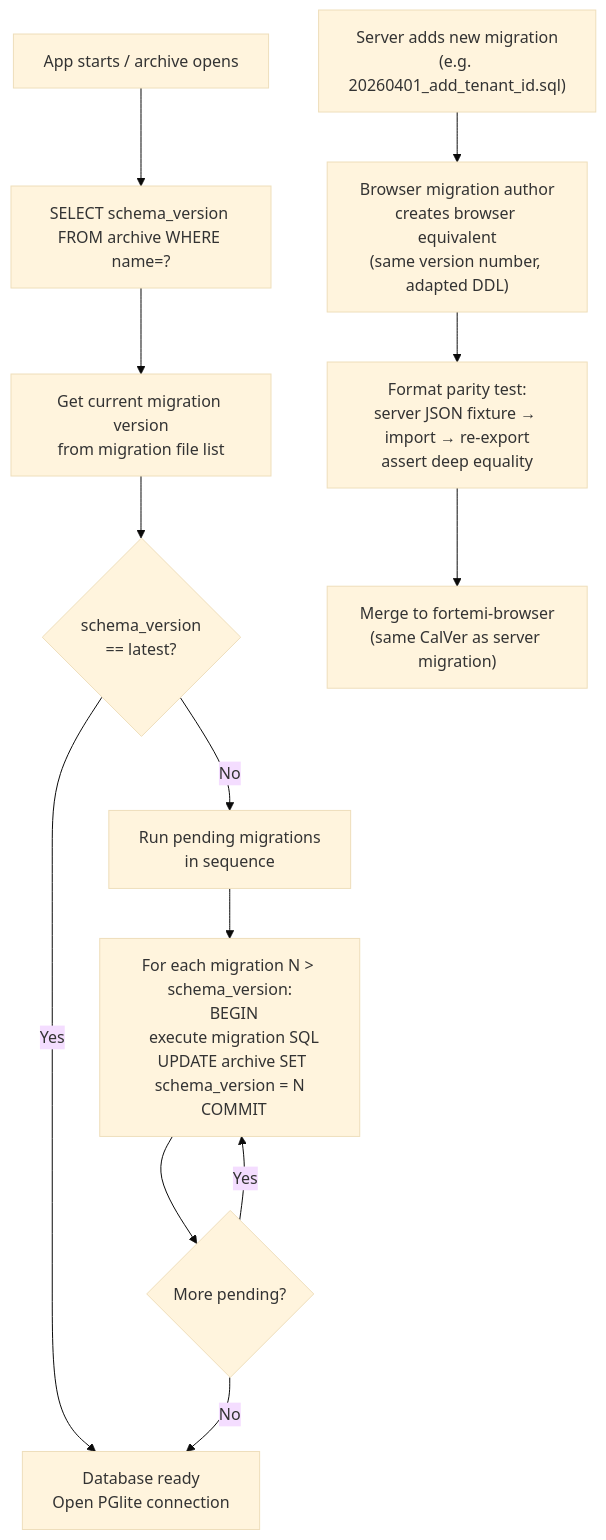
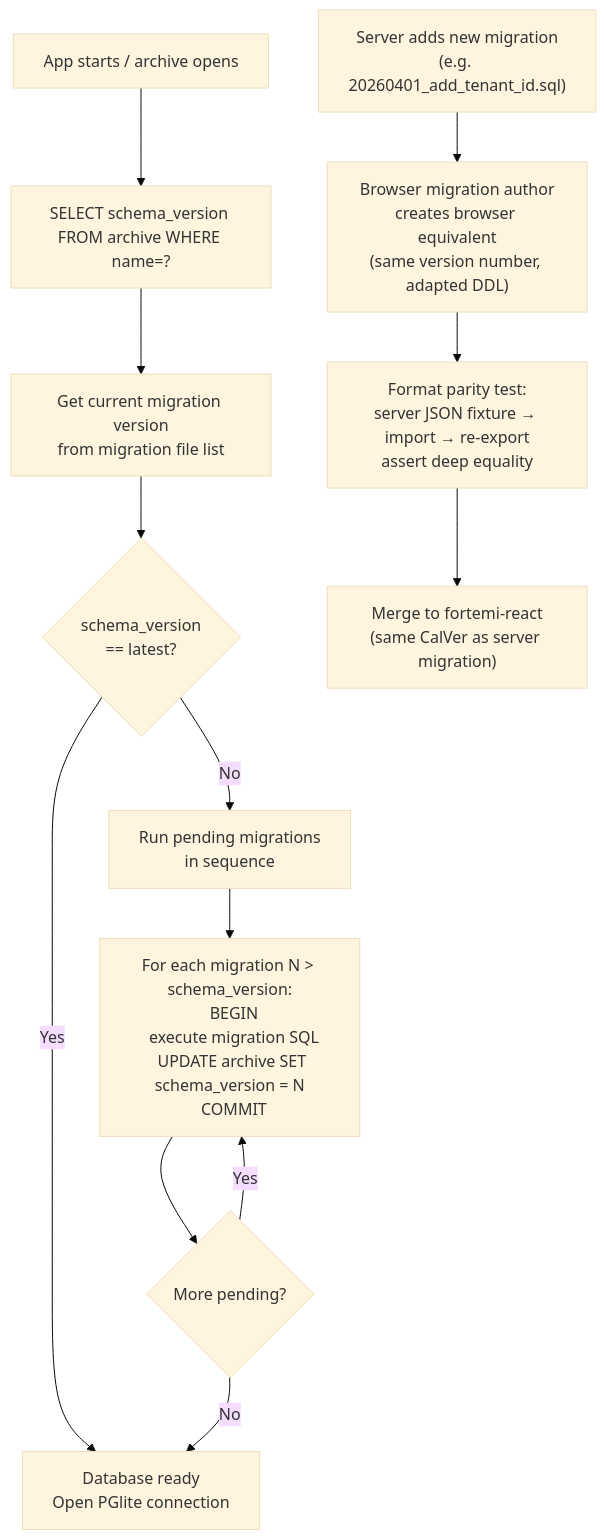
One commit to Fortemi/fortemi-react changed the seventh of 9 diagrams in .aiwg/intake/flows.md. Above: the diagram before and after it, drawn with Mermaid (base theme). The commit also changed other lines of this file and 32 other files, not shown here.

First line of the commit message:
chore: rename project from fortemi-browser to fortemi-react (fixes #76)

````diff
--- a/.aiwg/intake/flows.md
+++ b/.aiwg/intake/flows.md
@@ -284,16 +284,16 @@
 ```mermaid
 flowchart TD
     AppStart["App starts / archive opens"] --> CheckVersion["SELECT schema_version FROM archive WHERE name=?"]
     CheckVersion --> GetCurrent["Get current migration version\nfrom migration file list"]
     GetCurrent --> Compare{schema_version\n== latest?}
     Compare -->|Yes| Ready["Database ready\nOpen PGlite connection"]
     Compare -->|No| RunMigrations["Run pending migrations\nin sequence"]
     RunMigrations --> ForEach["For each migration N > schema_version:\n  BEGIN\n  execute migration SQL\n  UPDATE archive SET schema_version = N\n  COMMIT"]
     ForEach --> MoreMigrations{More pending?}
     MoreMigrations -->|Yes| ForEach
     MoreMigrations -->|No| Ready
 
     ServerMigration["Server adds new migration\n(e.g. 20260401_add_tenant_id.sql)"] --> BrowserMigration["Browser migration author\ncreates browser equivalent\n(same version number, adapted DDL)"]
     BrowserMigration --> Test["Format parity test:\nserver JSON fixture → import → re-export\nassert deep equality"]
-    Test --> Merge["Merge to fortemi-browser\n(same CalVer as server migration)"]
+    Test --> Merge["Merge to fortemi-react\n(same CalVer as server migration)"]
 ```
````
